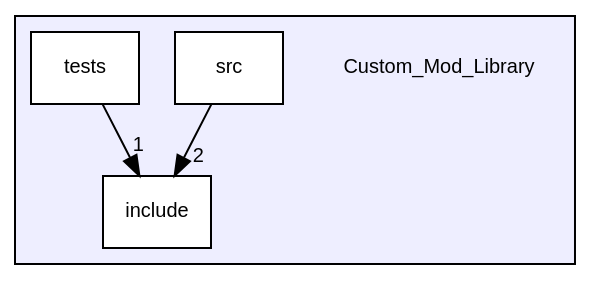
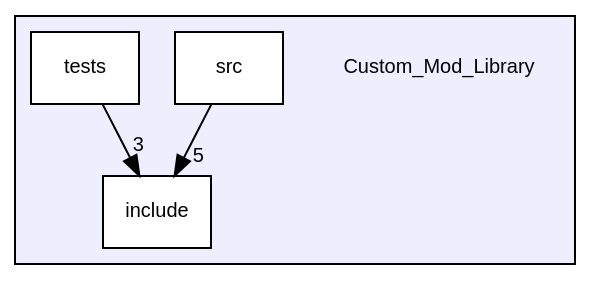
One commit to ejagombar/2021_Group_3 changed the diagram in dir_3d791e5d7456dbf61f6d7b678dfd72f4_dep.dot. Above: the diagram before and after it, drawn with Graphviz. The commit also changed 66 other files, not shown here.

```diff
--- a/dir_3d791e5d7456dbf61f6d7b678dfd72f4_dep.dot
+++ b/dir_3d791e5d7456dbf61f6d7b678dfd72f4_dep.dot
@@ -1,15 +1,15 @@
 digraph "/home/runner/work/2021_Group_3/2021_Group_3/Custom_Mod_Library" {
   bgcolor=transparent;
   compound=true
   node [ fontsize="10", fontname="Helvetica"];
   edge [ labelfontsize="10", labelfontname="Helvetica"];
   subgraph clusterdir_3d791e5d7456dbf61f6d7b678dfd72f4 {
     graph [ bgcolor="#eeeeff", pencolor="black", label="" URL="dir_3d791e5d7456dbf61f6d7b678dfd72f4.html"];
     dir_3d791e5d7456dbf61f6d7b678dfd72f4 [shape=plaintext label="Custom_Mod_Library"];
     dir_f5c7eabd21a874ae9d109060d168a55c [shape=box label="include" color="black" fillcolor="white" style="filled" URL="dir_f5c7eabd21a874ae9d109060d168a55c.html"];
     dir_cbd26f7b0946528e265beb2513fbf397 [shape=box label="src" color="black" fillcolor="white" style="filled" URL="dir_cbd26f7b0946528e265beb2513fbf397.html"];
     dir_812f6d6e07ea60e21fdef9b4c803a47a [shape=box label="tests" color="black" fillcolor="white" style="filled" URL="dir_812f6d6e07ea60e21fdef9b4c803a47a.html"];
   }
-  dir_812f6d6e07ea60e21fdef9b4c803a47a->dir_f5c7eabd21a874ae9d109060d168a55c [headlabel="1", labeldistance=1.5 headhref="dir_000003_000001.html"];
-  dir_cbd26f7b0946528e265beb2513fbf397->dir_f5c7eabd21a874ae9d109060d168a55c [headlabel="2", labeldistance=1.5 headhref="dir_000002_000001.html"];
+  dir_812f6d6e07ea60e21fdef9b4c803a47a->dir_f5c7eabd21a874ae9d109060d168a55c [headlabel="3", labeldistance=1.5 headhref="dir_000003_000001.html"];
+  dir_cbd26f7b0946528e265beb2513fbf397->dir_f5c7eabd21a874ae9d109060d168a55c [headlabel="5", labeldistance=1.5 headhref="dir_000002_000001.html"];
 }
```
